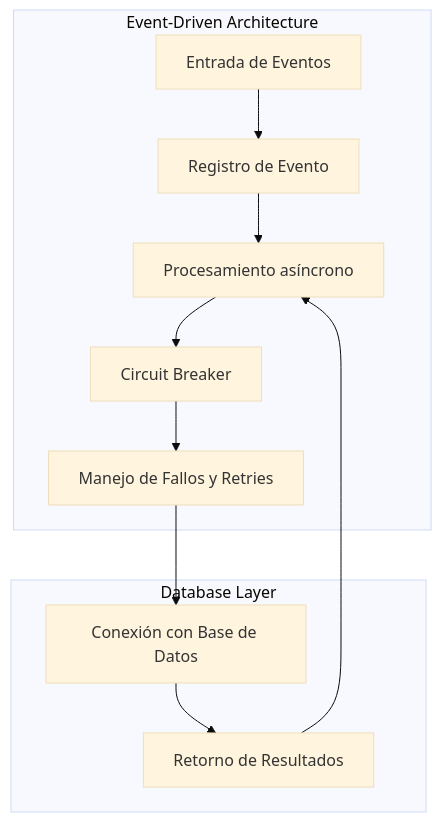
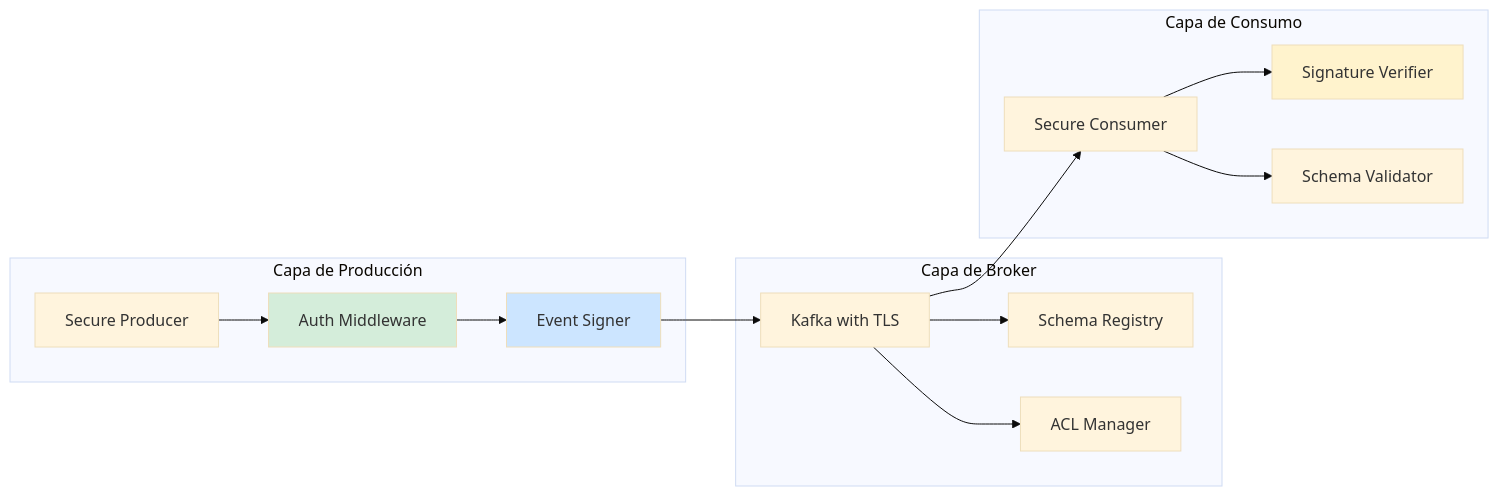
One commit to Joaquinriosheredia/DAM-Java-Mastery changed the second of 3 diagrams in _Review/seguridad_en_event_driven_systems/seguridad_en_event_driven_systems.md. Above: the diagram before and after it, drawn with Mermaid (base theme). The commit also changed other lines of this file, not shown here.

Commit message:
seguridad en event driven systems

````diff
--- a/_Review/seguridad_en_event_driven_systems/seguridad_en_event_driven_systems.md
+++ b/_Review/seguridad_en_event_driven_systems/seguridad_en_event_driven_systems.md
@@ -853,16 +159,33 @@
 ```mermaid
-graph TD
-    subgraph Event-Driven Architecture
-        A[Entrada de Eventos] --> B1[Registro de Evento]
-        B1 --> C1[Procesamiento asíncrono]
-        C1 --> D1[Circuit Breaker]
-        D1 --> E1[Manejo de Fallos y Retries]
+graph LR
+    subgraph "Capa de Producción"
+        PROD[Secure Producer]
+        AUTH[Auth Middleware]
+        SIGN[Event Signer]
     end
-
-    subgraph Database Layer
-        F1[Conexión con Base de Datos]
-        E1 --> F1
-        F1 --> G1[Retorno de Resultados]
-        G1 --> C1
+    
+    subgraph "Capa de Broker"
+        KAFKA[Kafka with TLS]
+        SCHEMA[Schema Registry]
+        ACL[ACL Manager]
     end
+    
+    subgraph "Capa de Consumo"
+        CONS[Secure Consumer]
+        VERIFY[Signature Verifier]
+        VALID[Schema Validator]
+    end
+    
+    PROD --> AUTH
+    AUTH --> SIGN
+    SIGN --> KAFKA
+    KAFKA --> SCHEMA
+    KAFKA --> ACL
+    KAFKA --> CONS
+    CONS --> VERIFY
+    CONS --> VALID
+    
+    style AUTH fill:#d4edda
+    style SIGN fill:#cce5ff
+    style VERIFY fill:#fff3cd
 ```
````
